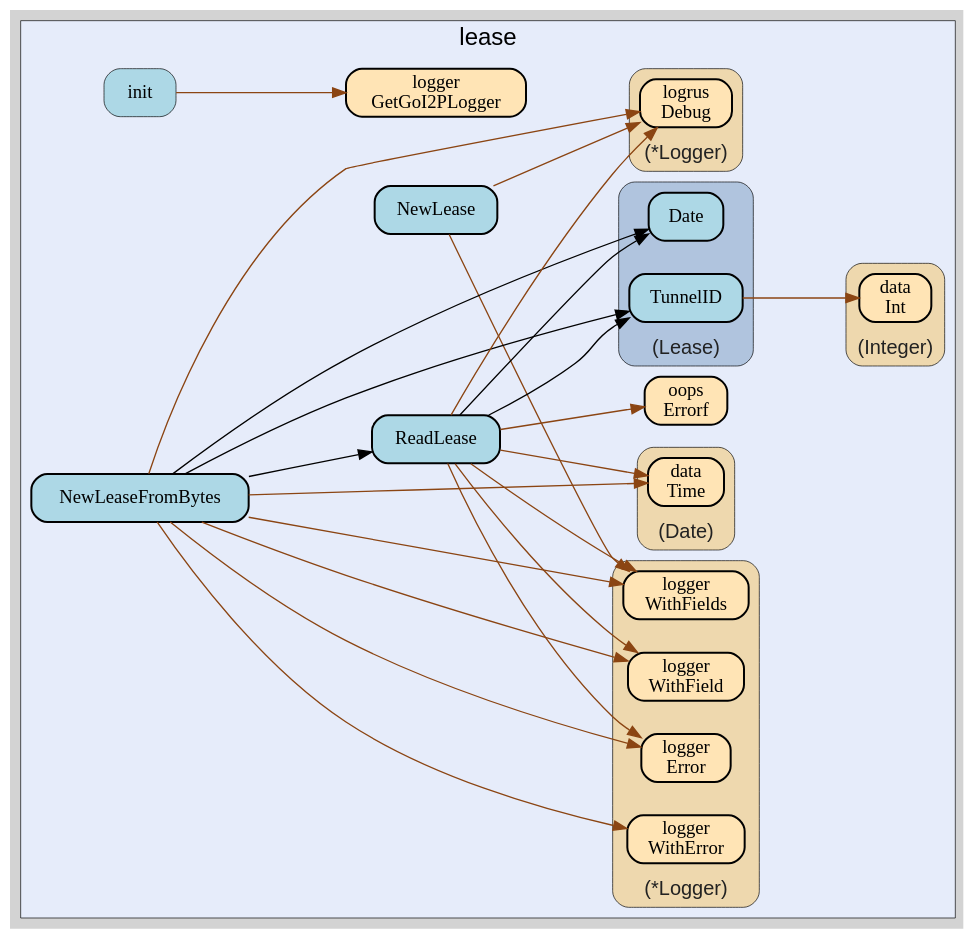
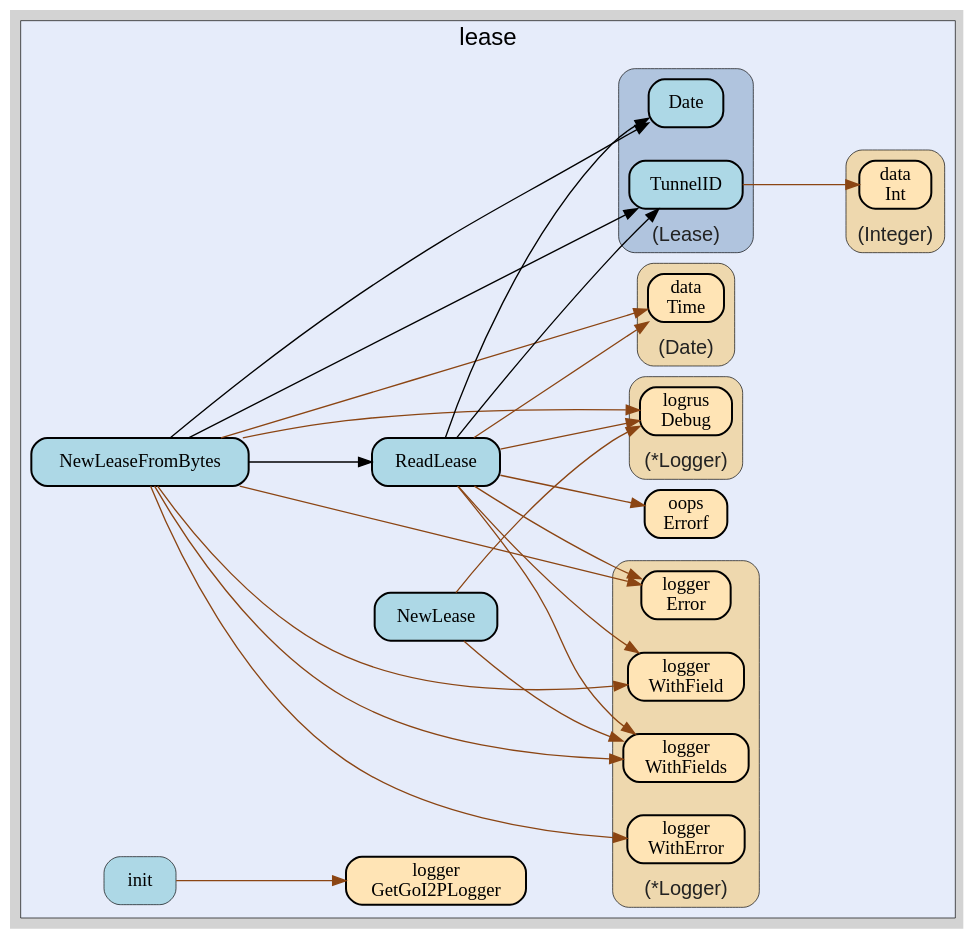
The diagram in lease/lease.gv (go-i2p/common), drawn with Graphviz before and after one commit. The commit also changed 46 other files, not shown here.

```diff
--- a/lease/lease.gv
+++ b/lease/lease.gv
@@ -14,31 +14,31 @@
     edge [minlen="2"]
 
     subgraph "cluster_focus" {
-        label="lease";
+        bgcolor="#e6ecfa";
+label="lease";
 labelloc="t";
 labeljust="c";
 fontsize="18";
-bgcolor="#e6ecfa";
         
-        "github.com/go-i2p/common/lease.NewLease" [ tooltip="github.com/go-i2p/common/lease.NewLease | defined in lease_struct.go:55\nat lease_struct.go:74: calling [(*github.com/go-i2p/logger.Logger).WithFields]\nat lease_struct.go:56: calling [(*github.com/sirupsen/logrus.Logger).Debug]\nat lease_struct.go:77: calling [(*github.com/sirupsen/logrus.Logger).Debug]" fillcolor="lightblue" label="NewLease" penwidth="1.5" ]
-        "github.com/go-i2p/common/lease.init" [ label="init" penwidth="0.5" tooltip="github.com/go-i2p/common/lease.init | defined in .:0\nat lease_struct.go:13: calling [github.com/go-i2p/logger.GetGoI2PLogger]" fillcolor="lightblue" ]
-        "github.com/go-i2p/logger.GetGoI2PLogger" [ penwidth="1.5" tooltip="github.com/go-i2p/logger.GetGoI2PLogger | defined in log.go:120" fillcolor="moccasin" label="logger\nGetGoI2PLogger" ]
-        "github.com/go-i2p/common/lease.NewLeaseFromBytes" [ tooltip="github.com/go-i2p/common/lease.NewLeaseFromBytes | defined in utils.go:38\nat utils.go:39: calling [(*github.com/go-i2p/logger.Logger).WithField]\nat utils.go:39: calling [(*github.com/sirupsen/logrus.Logger).Debug]\nat utils.go:54: calling [(*github.com/sirupsen/logrus.Logger).Debug]\nat utils.go:51: calling [(github.com/go-i2p/common/lease.Lease).TunnelID]\nat utils.go:52: calling [(github.com/go-i2p/common/lease.Lease).Date]\nat utils.go:50: calling [(*github.com/go-i2p/logger.Logger).WithFields]\nat utils.go:52: calling [(github.com/go-i2p/common/data.Date).Time]\nat utils.go:44: calling [(*github.com/go-i2p/logger.Logger).Error]\nat utils.go:42: calling [github.com/go-i2p/common/lease.ReadLease]\nat utils.go:44: calling [(*github.com/go-i2p/logger.Logger).WithError]" fillcolor="lightblue" label="NewLeaseFromBytes" penwidth="1.5" ]
-        "github.com/go-i2p/common/lease.ReadLease" [ penwidth="1.5" tooltip="github.com/go-i2p/common/lease.ReadLease | defined in utils.go:12\nat utils.go:13: calling [(*github.com/go-i2p/logger.Logger).WithField]\nat utils.go:13: calling [(*github.com/sirupsen/logrus.Logger).Debug]\nat utils.go:31: calling [(*github.com/sirupsen/logrus.Logger).Debug]\nat utils.go:16: calling [github.com/samber/oops.Errorf]\nat utils.go:20: calling [(*github.com/go-i2p/logger.Logger).Error]\nat utils.go:29: calling [(github.com/go-i2p/common/lease.Lease).Date]\nat utils.go:29: calling [(github.com/go-i2p/common/data.Date).Time]\nat utils.go:17: calling [(*github.com/go-i2p/logger.Logger).WithFields]\nat utils.go:27: calling [(*github.com/go-i2p/logger.Logger).WithFields]\nat utils.go:28: calling [(github.com/go-i2p/common/lease.Lease).TunnelID]" fillcolor="lightblue" label="ReadLease" ]
-        "github.com/samber/oops.Errorf" [ label="oops\nErrorf" penwidth="1.5" tooltip="github.com/samber/oops.Errorf | defined in oops.go:34" fillcolor="moccasin" ]
+        "github.com/go-i2p/common/lease.NewLeaseFromBytes" [ penwidth="1.5" tooltip="github.com/go-i2p/common/lease.NewLeaseFromBytes | defined in utils.go:47\nat utils.go:48: calling [(*github.com/sirupsen/logrus.Logger).Debug]\nat utils.go:67: calling [(*github.com/sirupsen/logrus.Logger).Debug]\nat utils.go:55: calling [(*github.com/go-i2p/logger.Logger).Error]\nat utils.go:65: calling [(github.com/go-i2p/common/lease.Lease).Date]\nat utils.go:63: calling [(*github.com/go-i2p/logger.Logger).WithFields]\nat utils.go:55: calling [(*github.com/go-i2p/logger.Logger).WithError]\nat utils.go:53: calling [github.com/go-i2p/common/lease.ReadLease]\nat utils.go:65: calling [(github.com/go-i2p/common/data.Date).Time]\nat utils.go:48: calling [(*github.com/go-i2p/logger.Logger).WithField]\nat utils.go:64: calling [(github.com/go-i2p/common/lease.Lease).TunnelID]" fillcolor="lightblue" label="NewLeaseFromBytes" ]
+        "github.com/go-i2p/common/lease.ReadLease" [ fillcolor="lightblue" label="ReadLease" penwidth="1.5" tooltip="github.com/go-i2p/common/lease.ReadLease | defined in utils.go:14\nat utils.go:15: calling [(*github.com/sirupsen/logrus.Logger).Debug]\nat utils.go:37: calling [(*github.com/sirupsen/logrus.Logger).Debug]\nat utils.go:21: calling [(*github.com/go-i2p/logger.Logger).WithFields]\nat utils.go:33: calling [(*github.com/go-i2p/logger.Logger).WithFields]\nat utils.go:24: calling [(*github.com/go-i2p/logger.Logger).Error]\nat utils.go:34: calling [(github.com/go-i2p/common/lease.Lease).TunnelID]\nat utils.go:35: calling [(github.com/go-i2p/common/lease.Lease).Date]\nat utils.go:20: calling [github.com/samber/oops.Errorf]\nat utils.go:35: calling [(github.com/go-i2p/common/data.Date).Time]\nat utils.go:15: calling [(*github.com/go-i2p/logger.Logger).WithField]" ]
+        "github.com/samber/oops.Errorf" [ fillcolor="moccasin" label="oops\nErrorf" penwidth="1.5" tooltip="github.com/samber/oops.Errorf | defined in oops.go:34" ]
+        "github.com/go-i2p/common/lease.NewLease" [ tooltip="github.com/go-i2p/common/lease.NewLease | defined in lease_struct.go:59\nat lease_struct.go:60: calling [(*github.com/sirupsen/logrus.Logger).Debug]\nat lease_struct.go:84: calling [(*github.com/sirupsen/logrus.Logger).Debug]\nat lease_struct.go:81: calling [(*github.com/go-i2p/logger.Logger).WithFields]" fillcolor="lightblue" label="NewLease" penwidth="1.5" ]
+        "github.com/go-i2p/common/lease.init" [ penwidth="0.5" tooltip="github.com/go-i2p/common/lease.init | defined in .:0\nat lease_struct.go:13: calling [github.com/go-i2p/logger.GetGoI2PLogger]" fillcolor="lightblue" label="init" ]
+        "github.com/go-i2p/logger.GetGoI2PLogger" [ fillcolor="moccasin" label="logger\nGetGoI2PLogger" penwidth="1.5" tooltip="github.com/go-i2p/logger.GetGoI2PLogger | defined in log.go:120" ]
         
         subgraph "cluster_*github.com/go-i2p/logger.Logger" {
-        fillcolor="wheat2";
-label="(*Logger)";
+        label="(*Logger)";
 tooltip="type: *github.com/go-i2p/logger.Logger";
 penwidth="0.5";
 fontsize="15";
 fontcolor="#222222";
 labelloc="b";
 style="rounded,filled";
+fillcolor="wheat2";
         
-        "(*github.com/go-i2p/logger.Logger).WithFields" [ fillcolor="moccasin" label="logger\nWithFields" penwidth="1.5" tooltip="(*github.com/go-i2p/logger.Logger).WithFields | defined in log.go:60" ]
-        "(*github.com/go-i2p/logger.Logger).WithField" [ penwidth="1.5" tooltip="(*github.com/go-i2p/logger.Logger).WithField | defined in log.go:54" fillcolor="moccasin" label="logger\nWithField" ]
+        "(*github.com/go-i2p/logger.Logger).WithField" [ fillcolor="moccasin" label="logger\nWithField" penwidth="1.5" tooltip="(*github.com/go-i2p/logger.Logger).WithField | defined in log.go:54" ]
+        "(*github.com/go-i2p/logger.Logger).WithFields" [ penwidth="1.5" tooltip="(*github.com/go-i2p/logger.Logger).WithFields | defined in log.go:60" fillcolor="moccasin" label="logger\nWithFields" ]
         "(*github.com/go-i2p/logger.Logger).Error" [ fillcolor="moccasin" label="logger\nError" penwidth="1.5" tooltip="(*github.com/go-i2p/logger.Logger).Error | defined in log.go:42" ]
         "(*github.com/go-i2p/logger.Logger).WithError" [ fillcolor="moccasin" label="logger\nWithError" penwidth="1.5" tooltip="(*github.com/go-i2p/logger.Logger).WithError | defined in log.go:66" ]
         
@@ -54,74 +54,74 @@
 fontcolor="#222222";
 labelloc="b";
         
-        "(*github.com/sirupsen/logrus.Logger).Debug" [ penwidth="1.5" tooltip="(*github.com/sirupsen/logrus.Logger).Debug | defined in logger.go:221" fillcolor="moccasin" label="logrus\nDebug" ]
+        "(*github.com/sirupsen/logrus.Logger).Debug" [ fillcolor="moccasin" label="logrus\nDebug" penwidth="1.5" tooltip="(*github.com/sirupsen/logrus.Logger).Debug | defined in logger.go:221" ]
         
     }
 
         subgraph "cluster_github.com/go-i2p/common/data.Date" {
-        tooltip="type: github.com/go-i2p/common/data.Date";
-penwidth="0.5";
-fontsize="15";
+        fontsize="15";
 fontcolor="#222222";
 labelloc="b";
 style="rounded,filled";
 fillcolor="wheat2";
 label="(Date)";
+tooltip="type: github.com/go-i2p/common/data.Date";
+penwidth="0.5";
         
-        "(github.com/go-i2p/common/data.Date).Time" [ penwidth="1.5" tooltip="(github.com/go-i2p/common/data.Date).Time | defined in date.go:41" fillcolor="moccasin" label="data\nTime" ]
+        "(github.com/go-i2p/common/data.Date).Time" [ tooltip="(github.com/go-i2p/common/data.Date).Time | defined in date.go:41" fillcolor="moccasin" label="data\nTime" penwidth="1.5" ]
         
     }
 
         subgraph "cluster_github.com/go-i2p/common/data.Integer" {
-        fontsize="15";
-fontcolor="#222222";
-labelloc="b";
-style="rounded,filled";
+        style="rounded,filled";
 fillcolor="wheat2";
 label="(Integer)";
 tooltip="type: github.com/go-i2p/common/data.Integer";
 penwidth="0.5";
+fontsize="15";
+fontcolor="#222222";
+labelloc="b";
         
-        "(github.com/go-i2p/common/data.Integer).Int" [ tooltip="(github.com/go-i2p/common/data.Integer).Int | defined in integer.go:31" fillcolor="moccasin" label="data\nInt" penwidth="1.5" ]
+        "(github.com/go-i2p/common/data.Integer).Int" [ label="data\nInt" penwidth="1.5" tooltip="(github.com/go-i2p/common/data.Integer).Int | defined in integer.go:31" fillcolor="moccasin" ]
         
     }
 
         subgraph "cluster_github.com/go-i2p/common/lease.Lease" {
-        penwidth="0.5";
+        tooltip="type: github.com/go-i2p/common/lease.Lease";
+fontcolor="#222222";
 style="rounded,filled";
-tooltip="type: github.com/go-i2p/common/lease.Lease";
+penwidth="0.5";
 fontsize="15";
-fontcolor="#222222";
 labelloc="b";
 fillcolor="lightsteelblue";
 label="(Lease)";
         
-        "(github.com/go-i2p/common/lease.Lease).TunnelID" [ fillcolor="lightblue" label="TunnelID" penwidth="1.5" tooltip="(github.com/go-i2p/common/lease.Lease).TunnelID | defined in lease_struct.go:89\nat lease_struct.go:92: calling [(github.com/go-i2p/common/data.Integer).Int]" ]
-        "(github.com/go-i2p/common/lease.Lease).Date" [ fillcolor="lightblue" label="Date" penwidth="1.5" tooltip="(github.com/go-i2p/common/lease.Lease).Date | defined in lease_struct.go:97" ]
+        "(github.com/go-i2p/common/lease.Lease).TunnelID" [ tooltip="(github.com/go-i2p/common/lease.Lease).TunnelID | defined in lease_struct.go:102\nat lease_struct.go:105: calling [(github.com/go-i2p/common/data.Integer).Int]" fillcolor="lightblue" label="TunnelID" penwidth="1.5" ]
+        "(github.com/go-i2p/common/lease.Lease).Date" [ fillcolor="lightblue" label="Date" penwidth="1.5" tooltip="(github.com/go-i2p/common/lease.Lease).Date | defined in lease_struct.go:113" ]
         
     }
 
     }
 
-    "github.com/go-i2p/common/lease.NewLeaseFromBytes" -> "(*github.com/go-i2p/logger.Logger).WithField" [ color="saddlebrown" tooltip="at utils.go:39: calling [(*github.com/go-i2p/logger.Logger).WithField]" ]
-    "github.com/go-i2p/common/lease.NewLeaseFromBytes" -> "(*github.com/sirupsen/logrus.Logger).Debug" [ color="saddlebrown" tooltip="at utils.go:39: calling [(*github.com/sirupsen/logrus.Logger).Debug]\nat utils.go:54: calling [(*github.com/sirupsen/logrus.Logger).Debug]" ]
-    "github.com/go-i2p/common/lease.ReadLease" -> "(*github.com/go-i2p/logger.Logger).WithField" [ color="saddlebrown" tooltip="at utils.go:13: calling [(*github.com/go-i2p/logger.Logger).WithField]" ]
-    "(github.com/go-i2p/common/lease.Lease).TunnelID" -> "(github.com/go-i2p/common/data.Integer).Int" [ color="saddlebrown" tooltip="at lease_struct.go:92: calling [(github.com/go-i2p/common/data.Integer).Int]" ]
-    "github.com/go-i2p/common/lease.NewLeaseFromBytes" -> "(github.com/go-i2p/common/lease.Lease).TunnelID" [ tooltip="at utils.go:51: calling [(github.com/go-i2p/common/lease.Lease).TunnelID]" ]
-    "github.com/go-i2p/common/lease.NewLeaseFromBytes" -> "(github.com/go-i2p/common/lease.Lease).Date" [ tooltip="at utils.go:52: calling [(github.com/go-i2p/common/lease.Lease).Date]" ]
-    "github.com/go-i2p/common/lease.NewLeaseFromBytes" -> "(*github.com/go-i2p/logger.Logger).WithFields" [ color="saddlebrown" tooltip="at utils.go:50: calling [(*github.com/go-i2p/logger.Logger).WithFields]" ]
+    "github.com/go-i2p/common/lease.NewLeaseFromBytes" -> "(*github.com/sirupsen/logrus.Logger).Debug" [ color="saddlebrown" tooltip="at utils.go:48: calling [(*github.com/sirupsen/logrus.Logger).Debug]\nat utils.go:67: calling [(*github.com/sirupsen/logrus.Logger).Debug]" ]
+    "(github.com/go-i2p/common/lease.Lease).TunnelID" -> "(github.com/go-i2p/common/data.Integer).Int" [ color="saddlebrown" tooltip="at lease_struct.go:105: calling [(github.com/go-i2p/common/data.Integer).Int]" ]
+    "github.com/go-i2p/common/lease.NewLeaseFromBytes" -> "(*github.com/go-i2p/logger.Logger).Error" [ tooltip="at utils.go:55: calling [(*github.com/go-i2p/logger.Logger).Error]" color="saddlebrown" ]
+    "github.com/go-i2p/common/lease.NewLeaseFromBytes" -> "(github.com/go-i2p/common/lease.Lease).Date" [ tooltip="at utils.go:65: calling [(github.com/go-i2p/common/lease.Lease).Date]" ]
+    "github.com/go-i2p/common/lease.NewLeaseFromBytes" -> "(*github.com/go-i2p/logger.Logger).WithFields" [ tooltip="at utils.go:63: calling [(*github.com/go-i2p/logger.Logger).WithFields]" color="saddlebrown" ]
+    "github.com/go-i2p/common/lease.NewLease" -> "(*github.com/sirupsen/logrus.Logger).Debug" [ color="saddlebrown" tooltip="at lease_struct.go:60: calling [(*github.com/sirupsen/logrus.Logger).Debug]\nat lease_struct.go:84: calling [(*github.com/sirupsen/logrus.Logger).Debug]" ]
     "github.com/go-i2p/common/lease.init" -> "github.com/go-i2p/logger.GetGoI2PLogger" [ color="saddlebrown" tooltip="at lease_struct.go:13: calling [github.com/go-i2p/logger.GetGoI2PLogger]" ]
-    "github.com/go-i2p/common/lease.ReadLease" -> "(*github.com/sirupsen/logrus.Logger).Debug" [ color="saddlebrown" tooltip="at utils.go:13: calling [(*github.com/sirupsen/logrus.Logger).Debug]\nat utils.go:31: calling [(*github.com/sirupsen/logrus.Logger).Debug]" ]
-    "github.com/go-i2p/common/lease.ReadLease" -> "github.com/samber/oops.Errorf" [ color="saddlebrown" tooltip="at utils.go:16: calling [github.com/samber/oops.Errorf]" ]
-    "github.com/go-i2p/common/lease.ReadLease" -> "(*github.com/go-i2p/logger.Logger).Error" [ tooltip="at utils.go:20: calling [(*github.com/go-i2p/logger.Logger).Error]" color="saddlebrown" ]
-    "github.com/go-i2p/common/lease.ReadLease" -> "(github.com/go-i2p/common/lease.Lease).Date" [ tooltip="at utils.go:29: calling [(github.com/go-i2p/common/lease.Lease).Date]" ]
-    "github.com/go-i2p/common/lease.ReadLease" -> "(github.com/go-i2p/common/data.Date).Time" [ color="saddlebrown" tooltip="at utils.go:29: calling [(github.com/go-i2p/common/data.Date).Time]" ]
-    "github.com/go-i2p/common/lease.NewLeaseFromBytes" -> "(github.com/go-i2p/common/data.Date).Time" [ color="saddlebrown" tooltip="at utils.go:52: calling [(github.com/go-i2p/common/data.Date).Time]" ]
-    "github.com/go-i2p/common/lease.NewLease" -> "(*github.com/go-i2p/logger.Logger).WithFields" [ color="saddlebrown" tooltip="at lease_struct.go:74: calling [(*github.com/go-i2p/logger.Logger).WithFields]" ]
-    "github.com/go-i2p/common/lease.ReadLease" -> "(*github.com/go-i2p/logger.Logger).WithFields" [ color="saddlebrown" tooltip="at utils.go:17: calling [(*github.com/go-i2p/logger.Logger).WithFields]\nat utils.go:27: calling [(*github.com/go-i2p/logger.Logger).WithFields]" ]
-    "github.com/go-i2p/common/lease.NewLeaseFromBytes" -> "(*github.com/go-i2p/logger.Logger).Error" [ color="saddlebrown" tooltip="at utils.go:44: calling [(*github.com/go-i2p/logger.Logger).Error]" ]
-    "github.com/go-i2p/common/lease.NewLease" -> "(*github.com/sirupsen/logrus.Logger).Debug" [ color="saddlebrown" tooltip="at lease_struct.go:56: calling [(*github.com/sirupsen/logrus.Logger).Debug]\nat lease_struct.go:77: calling [(*github.com/sirupsen/logrus.Logger).Debug]" ]
-    "github.com/go-i2p/common/lease.ReadLease" -> "(github.com/go-i2p/common/lease.Lease).TunnelID" [ tooltip="at utils.go:28: calling [(github.com/go-i2p/common/lease.Lease).TunnelID]" ]
-    "github.com/go-i2p/common/lease.NewLeaseFromBytes" -> "github.com/go-i2p/common/lease.ReadLease" [ tooltip="at utils.go:42: calling [github.com/go-i2p/common/lease.ReadLease]" ]
-    "github.com/go-i2p/common/lease.NewLeaseFromBytes" -> "(*github.com/go-i2p/logger.Logger).WithError" [ color="saddlebrown" tooltip="at utils.go:44: calling [(*github.com/go-i2p/logger.Logger).WithError]" ]
+    "github.com/go-i2p/common/lease.NewLeaseFromBytes" -> "(*github.com/go-i2p/logger.Logger).WithError" [ color="saddlebrown" tooltip="at utils.go:55: calling [(*github.com/go-i2p/logger.Logger).WithError]" ]
+    "github.com/go-i2p/common/lease.ReadLease" -> "(*github.com/sirupsen/logrus.Logger).Debug" [ color="saddlebrown" tooltip="at utils.go:15: calling [(*github.com/sirupsen/logrus.Logger).Debug]\nat utils.go:37: calling [(*github.com/sirupsen/logrus.Logger).Debug]" ]
+    "github.com/go-i2p/common/lease.ReadLease" -> "(*github.com/go-i2p/logger.Logger).WithFields" [ color="saddlebrown" tooltip="at utils.go:21: calling [(*github.com/go-i2p/logger.Logger).WithFields]\nat utils.go:33: calling [(*github.com/go-i2p/logger.Logger).WithFields]" ]
+    "github.com/go-i2p/common/lease.ReadLease" -> "(*github.com/go-i2p/logger.Logger).Error" [ color="saddlebrown" tooltip="at utils.go:24: calling [(*github.com/go-i2p/logger.Logger).Error]" ]
+    "github.com/go-i2p/common/lease.ReadLease" -> "(github.com/go-i2p/common/lease.Lease).TunnelID" [ tooltip="at utils.go:34: calling [(github.com/go-i2p/common/lease.Lease).TunnelID]" ]
+    "github.com/go-i2p/common/lease.ReadLease" -> "(github.com/go-i2p/common/lease.Lease).Date" [ tooltip="at utils.go:35: calling [(github.com/go-i2p/common/lease.Lease).Date]" ]
+    "github.com/go-i2p/common/lease.NewLeaseFromBytes" -> "github.com/go-i2p/common/lease.ReadLease" [ tooltip="at utils.go:53: calling [github.com/go-i2p/common/lease.ReadLease]" ]
+    "github.com/go-i2p/common/lease.ReadLease" -> "github.com/samber/oops.Errorf" [ tooltip="at utils.go:20: calling [github.com/samber/oops.Errorf]" color="saddlebrown" ]
+    "github.com/go-i2p/common/lease.ReadLease" -> "(github.com/go-i2p/common/data.Date).Time" [ color="saddlebrown" tooltip="at utils.go:35: calling [(github.com/go-i2p/common/data.Date).Time]" ]
+    "github.com/go-i2p/common/lease.NewLeaseFromBytes" -> "(github.com/go-i2p/common/data.Date).Time" [ tooltip="at utils.go:65: calling [(github.com/go-i2p/common/data.Date).Time]" color="saddlebrown" ]
+    "github.com/go-i2p/common/lease.NewLease" -> "(*github.com/go-i2p/logger.Logger).WithFields" [ color="saddlebrown" tooltip="at lease_struct.go:81: calling [(*github.com/go-i2p/logger.Logger).WithFields]" ]
+    "github.com/go-i2p/common/lease.NewLeaseFromBytes" -> "(*github.com/go-i2p/logger.Logger).WithField" [ color="saddlebrown" tooltip="at utils.go:48: calling [(*github.com/go-i2p/logger.Logger).WithField]" ]
+    "github.com/go-i2p/common/lease.ReadLease" -> "(*github.com/go-i2p/logger.Logger).WithField" [ color="saddlebrown" tooltip="at utils.go:15: calling [(*github.com/go-i2p/logger.Logger).WithField]" ]
+    "github.com/go-i2p/common/lease.NewLeaseFromBytes" -> "(github.com/go-i2p/common/lease.Lease).TunnelID" [ tooltip="at utils.go:64: calling [(github.com/go-i2p/common/lease.Lease).TunnelID]" ]
 }
```
